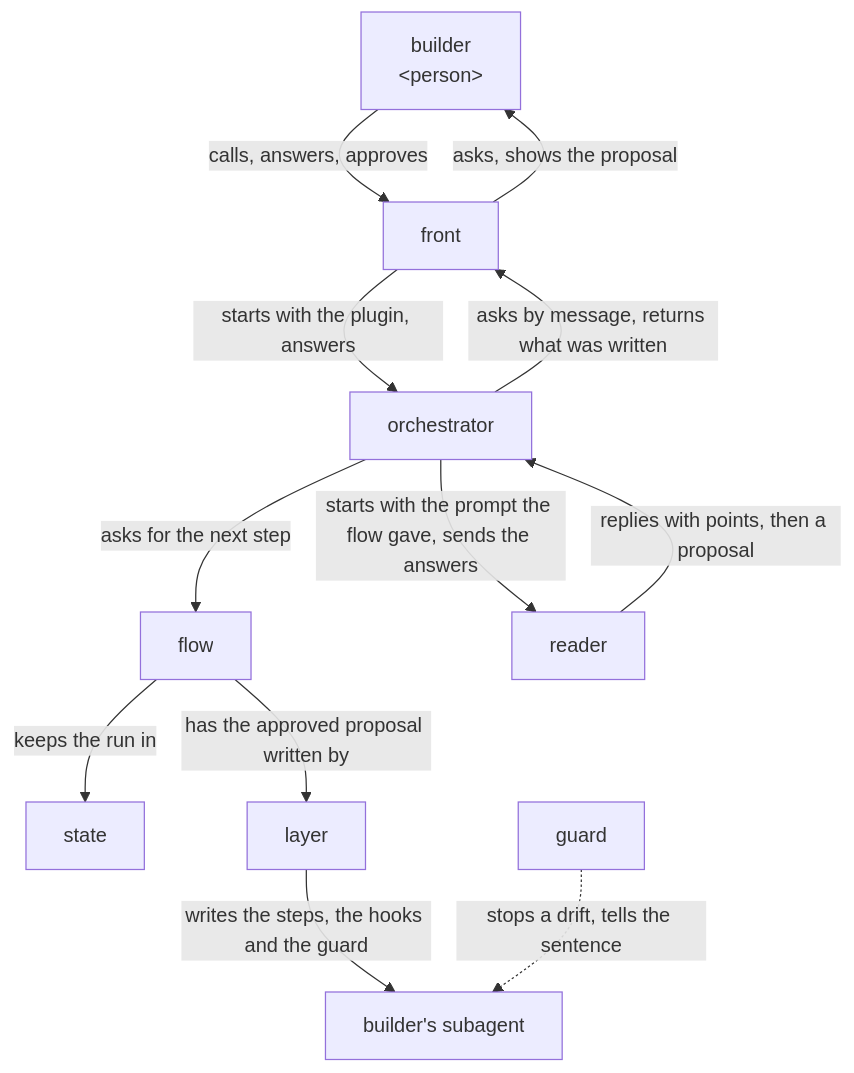
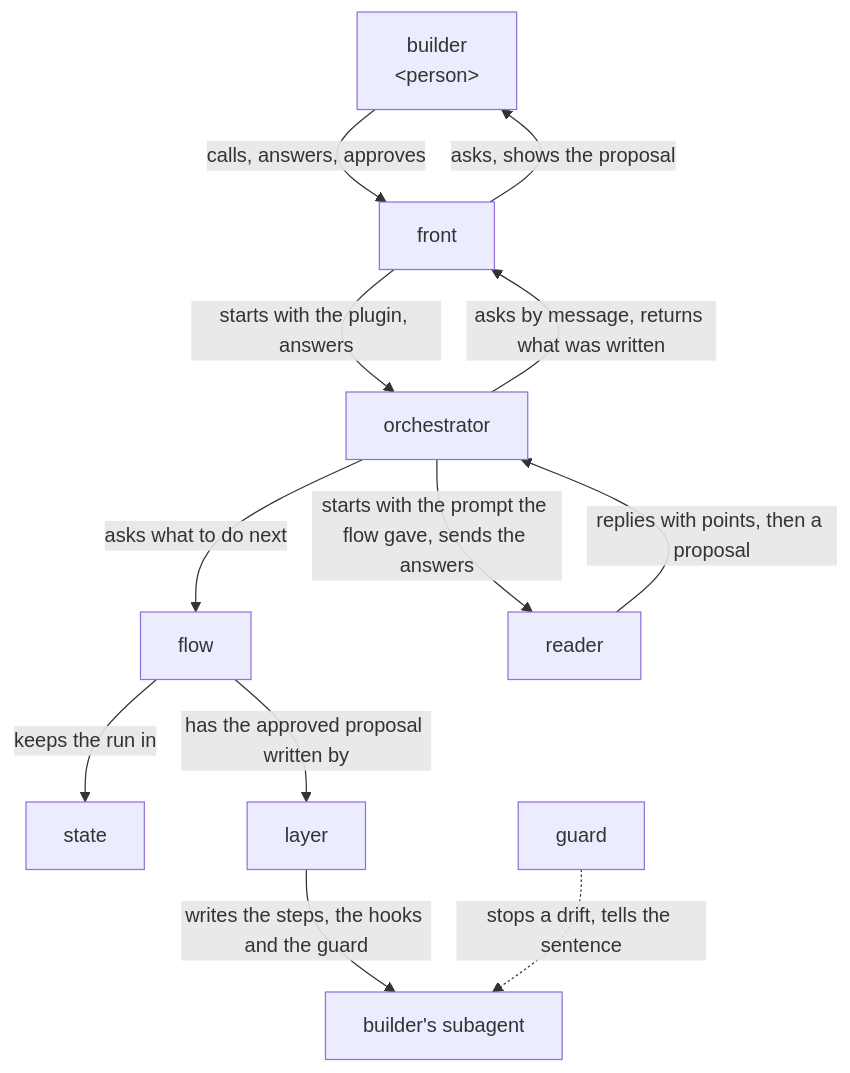
The diagram in dev/lane/design.md (lovaizu/ccpm), drawn with Mermaid before and after one commit. The commit also changed other lines of this file and 3 other files, not shown here.

First line of the commit message:
lane design remade through turn and finished by hand: a lane's sentence made from its wording and what it takes, written into the step and found there by the guard; the README's example held to its own promise

````diff
--- a/dev/lane/design.md
+++ b/dev/lane/design.md
@@ -24,23 +25,23 @@
 ```mermaid
 flowchart TB
   builder["builder<br/>#lt;person#gt;"]
   front["front"]
   orch["orchestrator"]
   flow["flow"]
   state["state"]
   reader["reader"]
   layer["layer"]
   guard["guard"]
   subagent["builder's subagent"]
   builder -->|calls, answers, approves| front
   front -->|asks, shows the proposal| builder
   front -->|starts with the plugin, answers| orch
   orch -->|asks by message, returns what was written| front
-  orch -->|asks for the next step| flow
+  orch -->|asks what to do next| flow
   flow -->|keeps the run in| state
   orch -->|starts with the prompt the flow gave, sends the answers| reader
   reader -->|replies with points, then a proposal| orch
   flow -->|has the approved proposal written by| layer
   layer -->|writes the steps, the hooks and the guard| subagent
   guard -.->|stops a drift, tells the sentence| subagent
 ```
````
